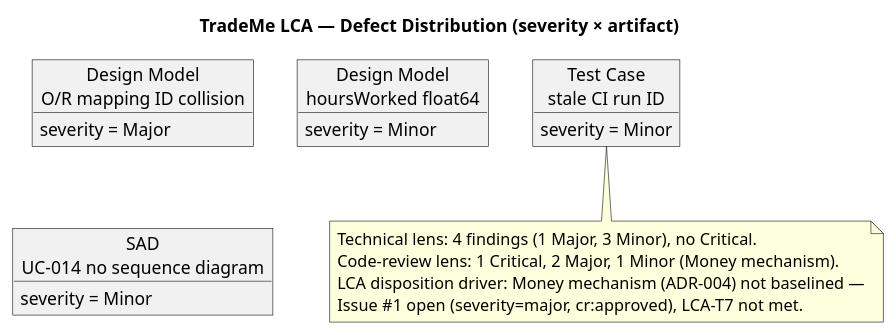
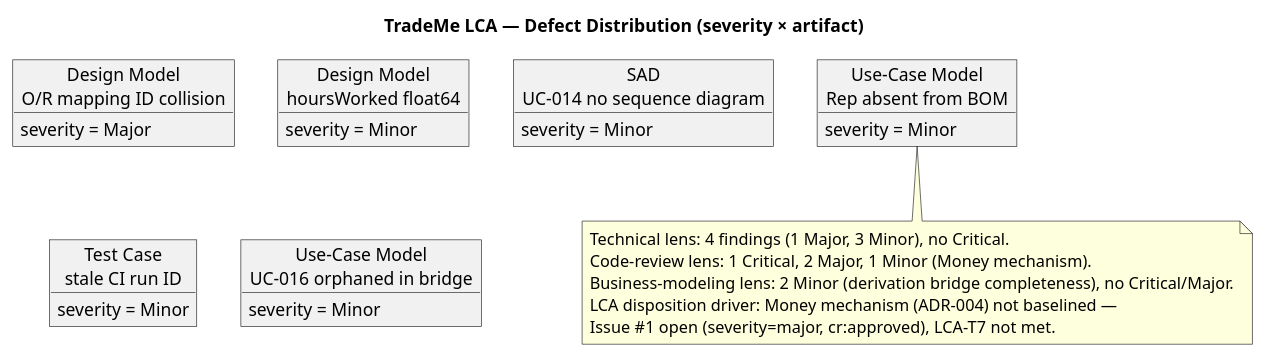
Before and after one commit to banense-test/trademe: the second of 3 diagrams in docs/artifacts/project-management/review-record.md, drawn with PlantUML. The commit also changed other lines of this file, not shown here.

First line of the commit message:
Business Reviewer [E1]: upsert Review Record

````diff
--- a/docs/artifacts/project-management/review-record.md
+++ b/docs/artifacts/project-management/review-record.md
@@ -83,22 +83,27 @@
 ```plantuml
 @startuml
 title TradeMe LCA — Defect Distribution (severity × artifact)
 
 object "Design Model\nO/R mapping ID collision" as f1
 object "Design Model\nhoursWorked float64" as f2
 object "SAD\nUC-014 no sequence diagram" as f3
 object "Test Case\nstale CI run ID" as f4
+object "Use-Case Model\nUC-016 orphaned in bridge" as f5
+object "Use-Case Model\nRep absent from BOM" as f6
 
 f1 : severity = Major
 f2 : severity = Minor
 f3 : severity = Minor
 f4 : severity = Minor
+f5 : severity = Minor
+f6 : severity = Minor
 
 note bottom
   Technical lens: 4 findings (1 Major, 3 Minor), no Critical.
   Code-review lens: 1 Critical, 2 Major, 1 Minor (Money mechanism).
+  Business-modeling lens: 2 Minor (derivation bridge completeness), no Critical/Major.
   LCA disposition driver: Money mechanism (ADR-004) not baselined —
   Issue #1 open (severity=major, cr:approved), LCA-T7 not met.
 end note
 @enduml
 ```
````
